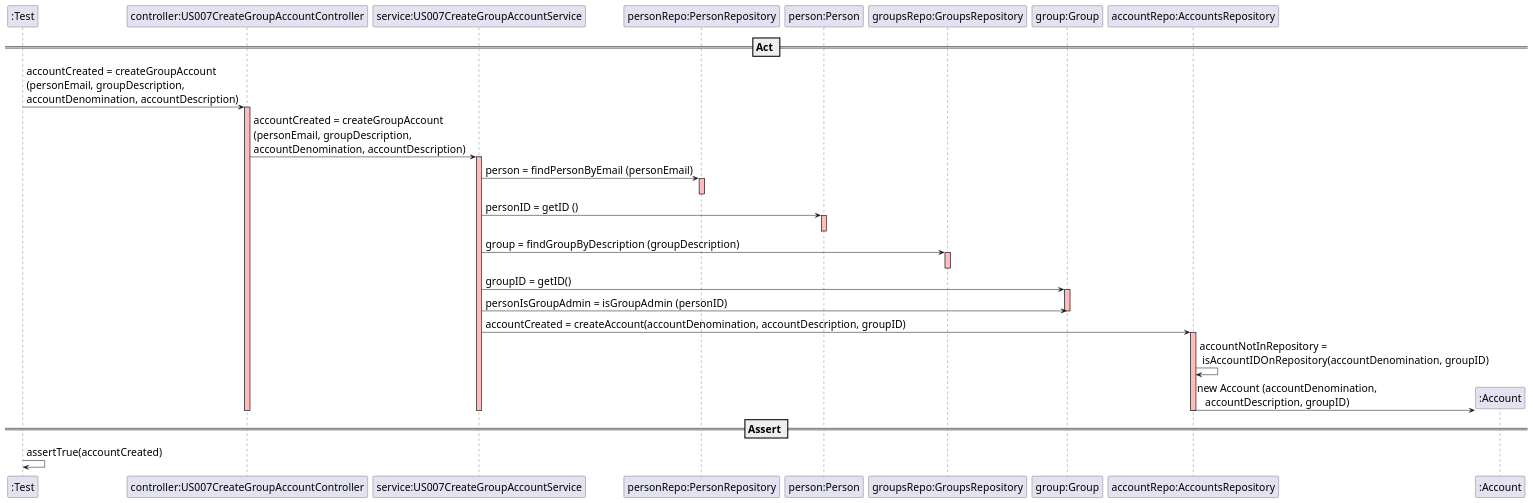
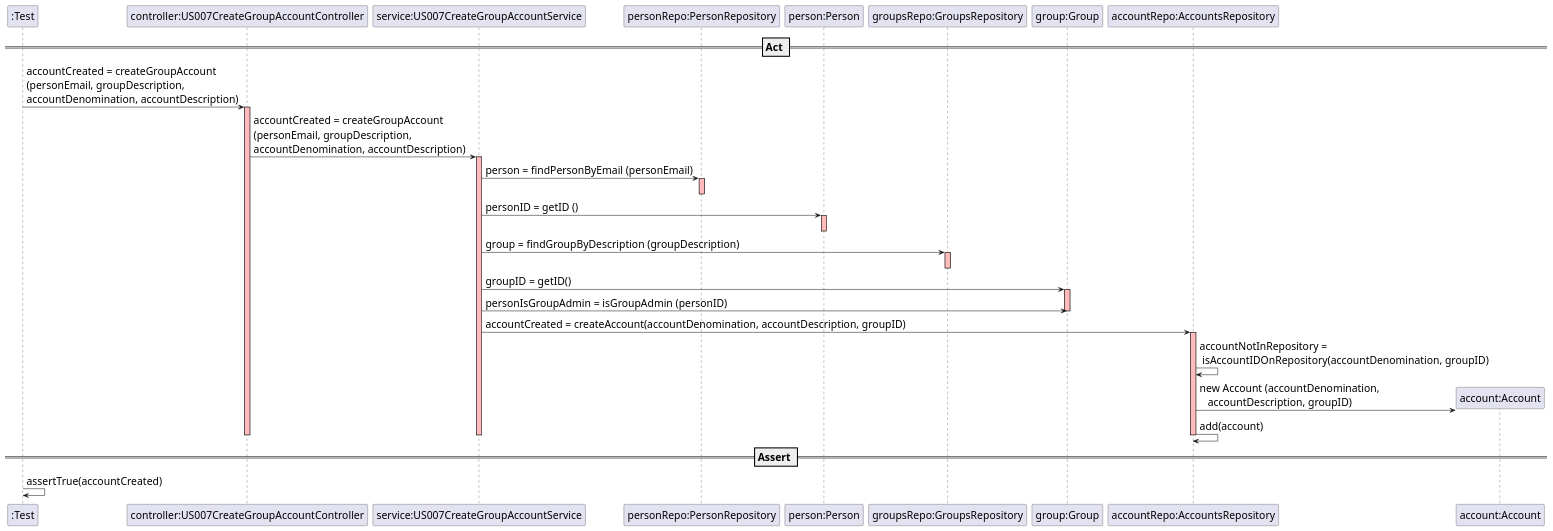
Before and after one commit to mleitaoribeiro/DevOpsMaven: the diagram in src/main/java/switch2019/project/controllers/US007CreateGroupAccountSD.puml, drawn with PlantUML.

```diff
--- a/src/main/java/switch2019/project/controllers/US007CreateGroupAccountSD.puml
+++ b/src/main/java/switch2019/project/controllers/US007CreateGroupAccountSD.puml
@@ -1,61 +1,62 @@
 @startuml
 skinparam DefaultFontSize 20
 
 participant ":Test"
 participant "controller:US007CreateGroupAccountController"
 participant "service:US007CreateGroupAccountService"
 participant "personRepo:PersonRepository"
 participant "person:Person"
 participant "groupsRepo:GroupsRepository"
 participant "group:Group"
 participant "accountRepo:AccountsRepository"
-participant ":Account"
+participant "account:Account"
 
 == Act ==
 
 ":Test" -> "controller:US007CreateGroupAccountController" : accountCreated = createGroupAccount\n(personEmail, groupDescription, \naccountDenomination, accountDescription)
 activate "controller:US007CreateGroupAccountController"  #FFBBBB
 
 "controller:US007CreateGroupAccountController" -> "service:US007CreateGroupAccountService" : accountCreated = createGroupAccount\n(personEmail, groupDescription, \naccountDenomination, accountDescription)
 activate "service:US007CreateGroupAccountService"  #FFBBBB
 
 "service:US007CreateGroupAccountService" -> "personRepo:PersonRepository" : person = findPersonByEmail (personEmail)
 activate "personRepo:PersonRepository"  #FFBBBB
 deactivate "personRepo:PersonRepository"  #FFBBBB
 
 "service:US007CreateGroupAccountService" -> "person:Person" : personID = getID ()
 activate "person:Person"  #FFBBBB
 deactivate "person:Person"  #FFBBBB
 
 "service:US007CreateGroupAccountService" -> "groupsRepo:GroupsRepository" : group = findGroupByDescription (groupDescription)
 activate "groupsRepo:GroupsRepository"  #FFBBBB
 deactivate "groupsRepo:GroupsRepository"  #FFBBBB
 
 "service:US007CreateGroupAccountService" -> "group:Group" : groupID = getID()
 activate "group:Group" #FFBBBB
 "service:US007CreateGroupAccountService" -> "group:Group" : personIsGroupAdmin = isGroupAdmin (personID)
 deactivate "group:Group" #FFBBBB
 
 
 
 "service:US007CreateGroupAccountService" -> "accountRepo:AccountsRepository" : accountCreated = createAccount(accountDenomination, accountDescription, groupID)
 activate "accountRepo:AccountsRepository" #FFBBBB
 
 "accountRepo:AccountsRepository" -> "accountRepo:AccountsRepository" : accountNotInRepository = \n isAccountIDOnRepository(accountDenomination, groupID)
 
 
-create ":Account"
-"accountRepo:AccountsRepository" -> ":Account" : new Account (accountDenomination, \n   accountDescription, groupID)
+create "account:Account"
+"accountRepo:AccountsRepository" -> "account:Account" : new Account (accountDenomination, \n   accountDescription, groupID)
+"accountRepo:AccountsRepository" -> "accountRepo:AccountsRepository" : add(account)
 
 deactivate "accountRepo:AccountsRepository" #FFBBBB
 deactivate "group:Group" #FFBBBB
 deactivate "personRepo:PersonRepository" #FFBBBB
 deactivate "groupsRepo:GroupsRepository" #FFBBBB
 deactivate "service:US007CreateGroupAccountService"  #FFBBBB
 deactivate "controller:US007CreateGroupAccountController" #FFBBBB
 
 == Assert ==
 
 ":Test" -> ":Test" : assertTrue(accountCreated)
 
 @enduml
```
